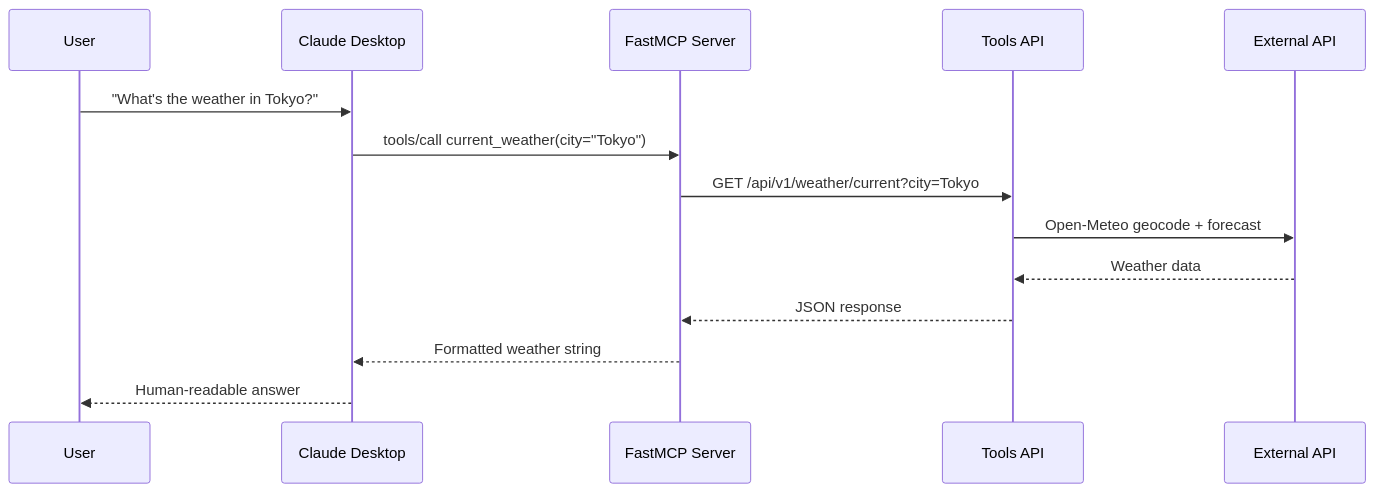
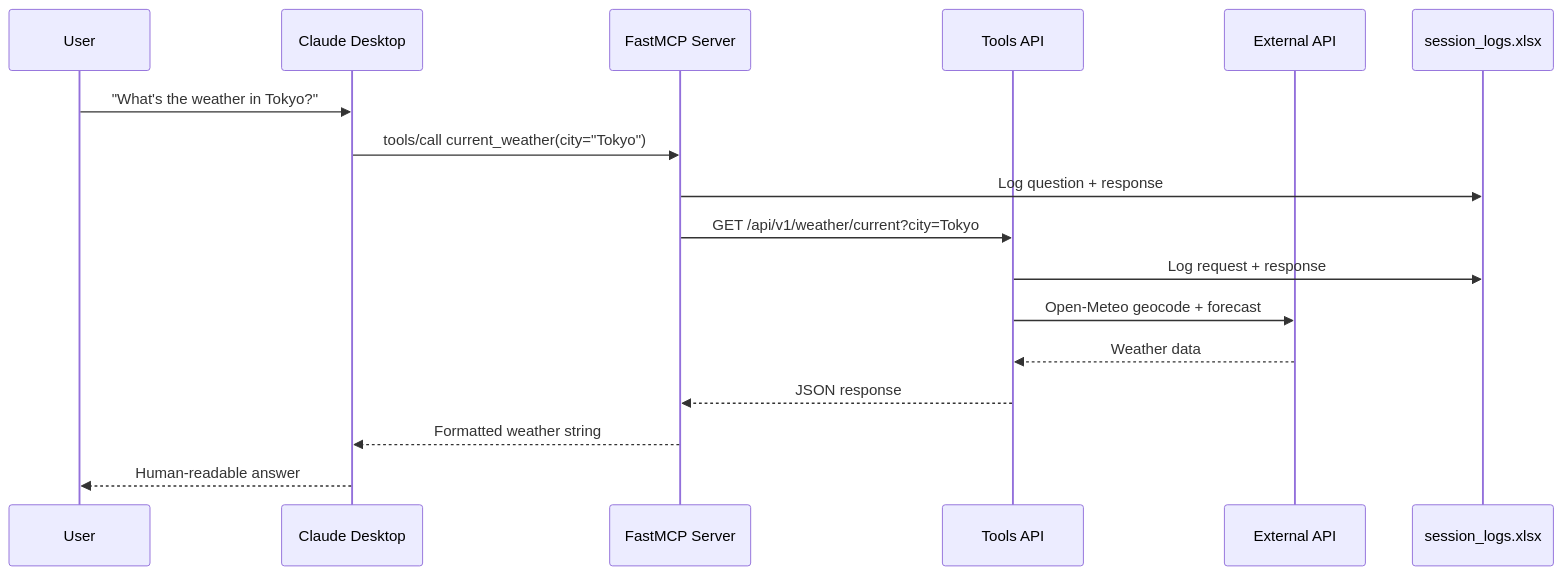
One commit to bharathsp/claude-desktop-fastmcp-tools changed the second of 6 diagrams in README.md. Above: the diagram before and after it, drawn with Mermaid. The commit also changed other lines of this file and 1 other file, not shown here.

````diff
--- a/README.md
+++ b/README.md
@@ -74,17 +94,20 @@
 ```mermaid
 sequenceDiagram
     participant User
     participant Claude as Claude Desktop
     participant MCP as FastMCP Server
     participant API as Tools API
     participant Ext as External API
+    participant Log as session_logs.xlsx
 
     User->>Claude: "What's the weather in Tokyo?"
     Claude->>MCP: tools/call current_weather(city="Tokyo")
+    MCP->>Log: Log question + response
     MCP->>API: GET /api/v1/weather/current?city=Tokyo
+    API->>Log: Log request + response
     API->>Ext: Open-Meteo geocode + forecast
     Ext-->>API: Weather data
     API-->>MCP: JSON response
     MCP-->>Claude: Formatted weather string
     Claude-->>User: Human-readable answer
 ```
````
